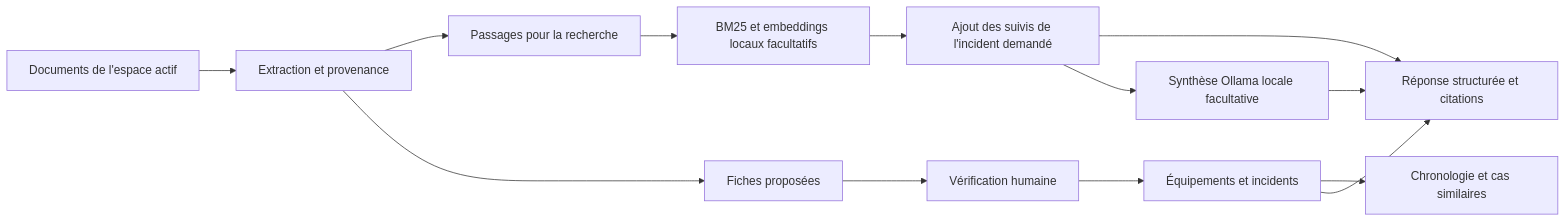
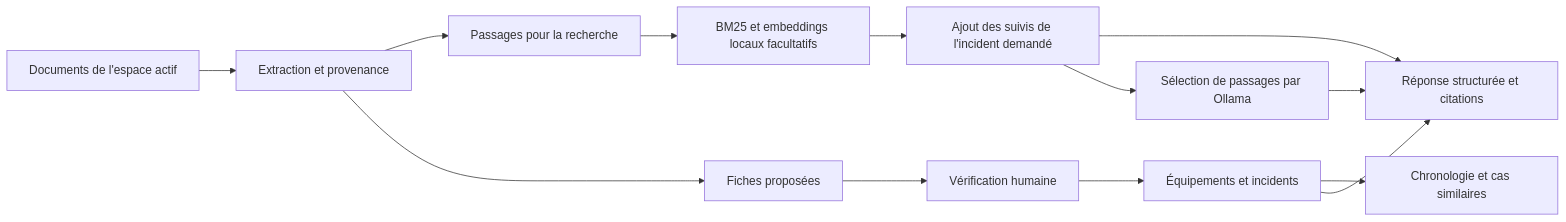
The diagram in docs/ARCHITECTURE.md (axl-chstn/memoire-industrielle), drawn with Mermaid before and after one commit. The commit also changed other lines of this file and 29 other files, not shown here.

````diff
--- a/docs/ARCHITECTURE.md
+++ b/docs/ARCHITECTURE.md
@@ -5,15 +5,15 @@
 ```mermaid
 flowchart LR
   A[Documents de l'espace actif] --> B[Extraction et provenance]
   B --> C[Passages pour la recherche]
   B --> D[Fiches proposées]
   D --> E[Vérification humaine]
   E --> F[Équipements et incidents]
   F --> G[Chronologie et cas similaires]
   C --> H[BM25 et embeddings locaux facultatifs]
   H --> I[Ajout des suivis de l'incident demandé]
   I --> J[Réponse structurée et citations]
   F --> J
-  I --> K[Synthèse Ollama locale facultative]
+  I --> K[Sélection de passages par Ollama]
   K --> J
 ```
````
